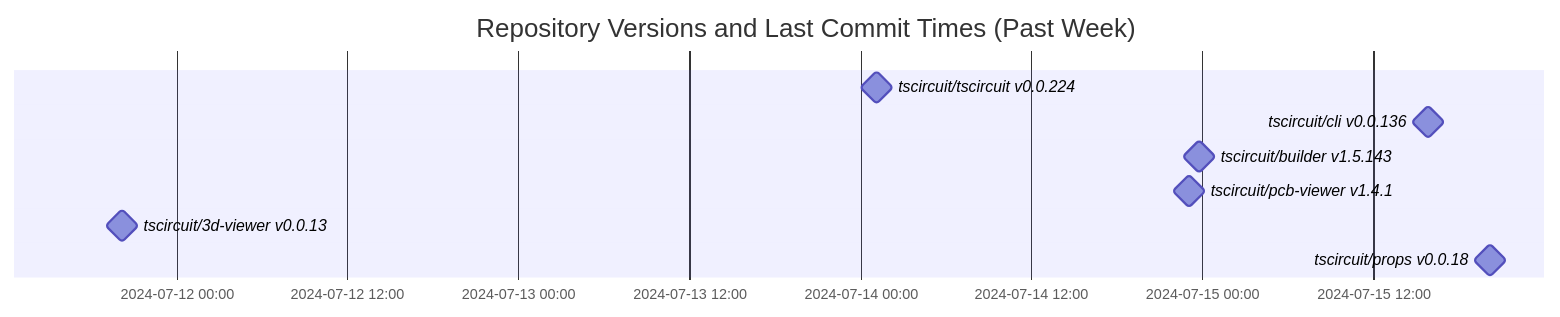
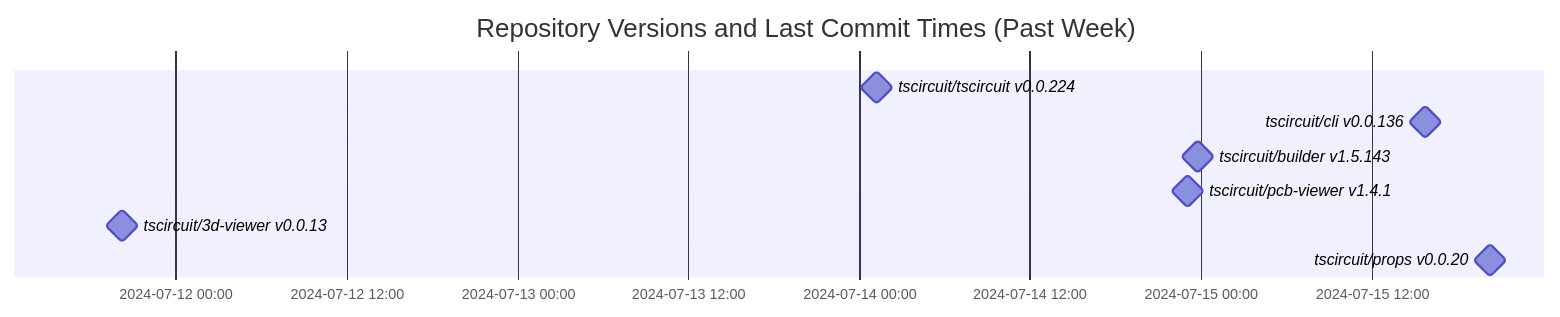
One commit to tscircuit/version-tracker changed the diagram in README.md. Above: the diagram before and after it, drawn with Mermaid.

Commit message:
Update chart

````diff
--- a/README.md
+++ b/README.md
@@ -1,13 +1,13 @@
 ```mermaid
 gantt
   dateFormat  YYYY-MM-DD HH:mm:ss
   title Repository Versions and Last Commit Times (Past Week)
   axisFormat %Y-%m-%d %H:%M
 
   tscircuit/tscircuit v0.0.224 : milestone, 2024-07-14 01:11:10, 1s
   tscircuit/cli v0.0.136 : milestone, 2024-07-15 15:48:32, 1s
   tscircuit/builder v1.5.143 : milestone, 2024-07-14 23:49:38, 1s
   tscircuit/pcb-viewer v1.4.1 : milestone, 2024-07-14 23:05:20, 1s
   tscircuit/3d-viewer v0.0.13 : milestone, 2024-07-11 20:12:35, 1s
-  tscircuit/props v0.0.18 : milestone, 2024-07-15 20:11:45, 1s
+  tscircuit/props v0.0.20 : milestone, 2024-07-15 20:19:59, 1s
 ```
````
